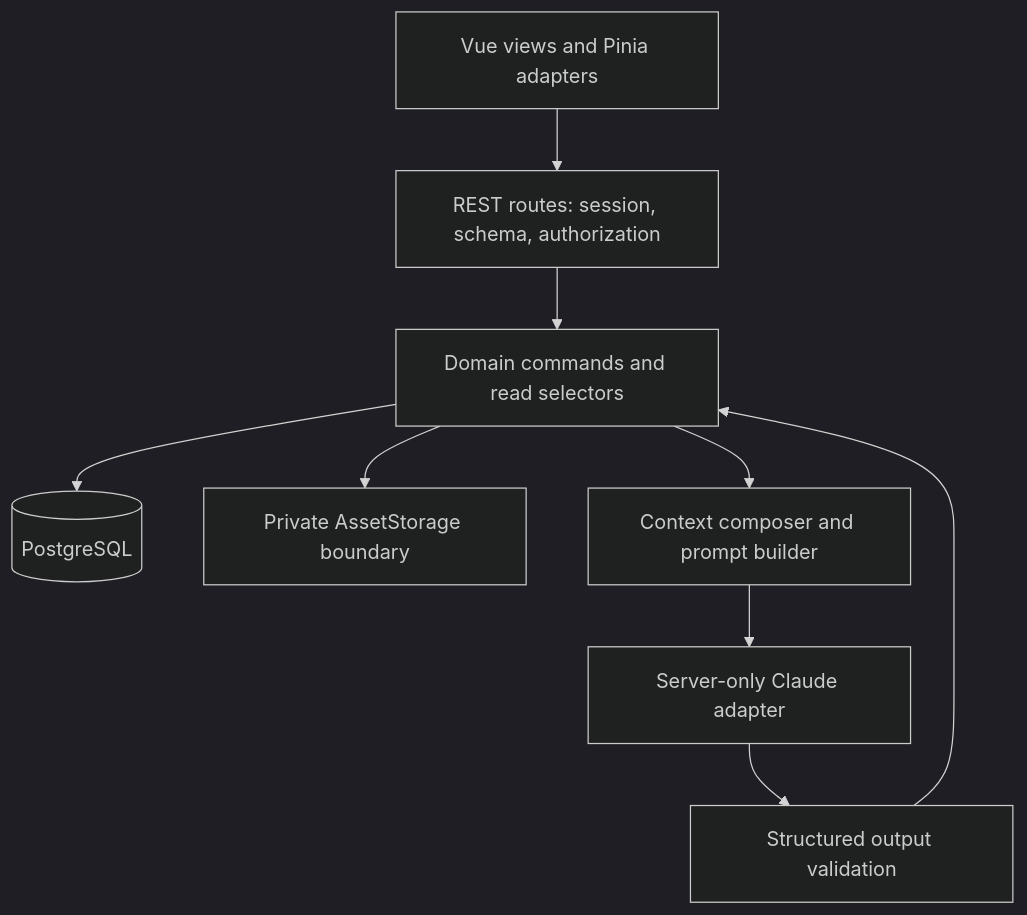
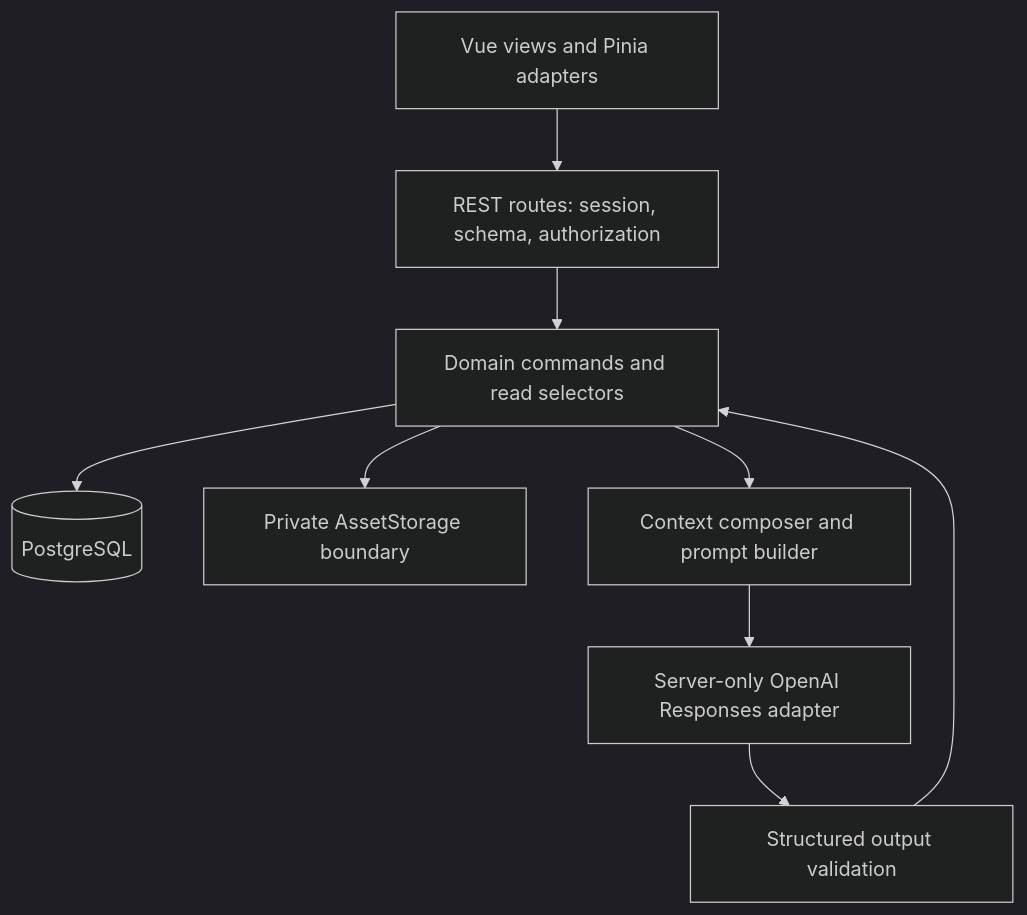
Before and after one commit to RezaNum1/shifd-marketing: the diagram in docs/BACKEND_ARCHITECTURE.md, drawn with Mermaid (dark theme). The commit also changed other lines of this file and 117 other files, not shown here.

````diff
--- a/docs/BACKEND_ARCHITECTURE.md
+++ b/docs/BACKEND_ARCHITECTURE.md
@@ -41,11 +41,11 @@
 ```mermaid
 flowchart TD
   UI[Vue views and Pinia adapters] --> HTTP[REST routes: session, schema, authorization]
   HTTP --> APP[Domain commands and read selectors]
   APP --> DB[(PostgreSQL)]
   APP --> FILES[Private AssetStorage boundary]
   APP --> AI[Context composer and prompt builder]
-  AI --> CLAUDE[Server-only Claude adapter]
-  CLAUDE --> VALIDATE[Structured output validation]
+  AI --> OPENAI[Server-only OpenAI Responses adapter]
+  OPENAI --> VALIDATE[Structured output validation]
   VALIDATE --> APP
 ```
````
